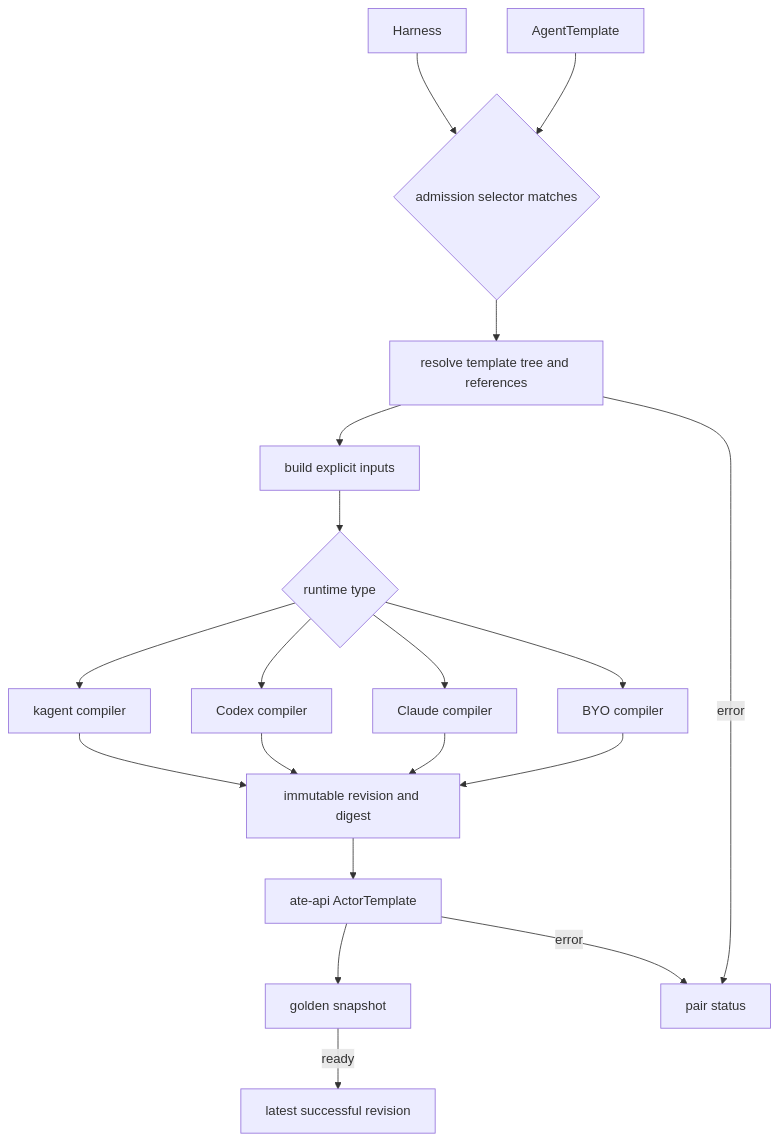
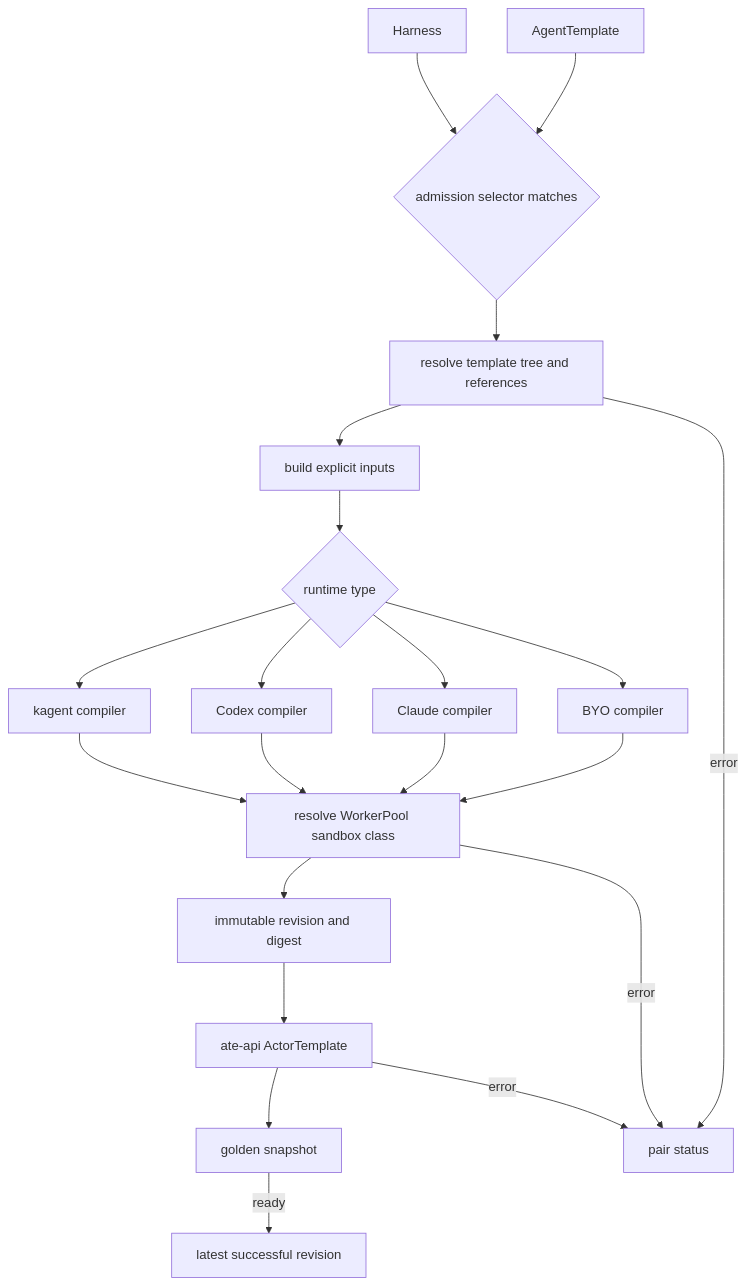
Before and after one commit to kagent-dev/kagent: the diagram in docs/architecture/configuration-and-compilation.md, drawn with Mermaid. The commit also changed other lines of this file and 17 other files, not shown here.

````diff
--- a/docs/architecture/configuration-and-compilation.md
+++ b/docs/architecture/configuration-and-compilation.md
@@ -24,21 +24,23 @@
 ```mermaid
 flowchart TD
     H[Harness] --> MATCH{admission selector matches}
     AT[AgentTemplate] --> MATCH
     MATCH --> RESOLVE[resolve template tree and references]
     RESOLVE --> INPUTS[build explicit inputs]
     INPUTS --> REGISTRY{runtime type}
     REGISTRY --> K[kagent compiler]
     REGISTRY --> X[Codex compiler]
     REGISTRY --> C[Claude compiler]
     REGISTRY --> B[BYO compiler]
-    K --> REV[immutable revision and digest]
-    X --> REV
-    C --> REV
-    B --> REV
+    K --> POOL[resolve WorkerPool sandbox class]
+    X --> POOL
+    C --> POOL
+    B --> POOL
+    POOL --> REV[immutable revision and digest]
+    POOL -->|error| STATUS
     REV --> ATE[ate-api ActorTemplate]
     ATE --> GOLDEN[golden snapshot]
     GOLDEN -->|ready| LATEST[latest successful revision]
     RESOLVE -->|error| STATUS[pair status]
     ATE -->|error| STATUS
 ```
````
